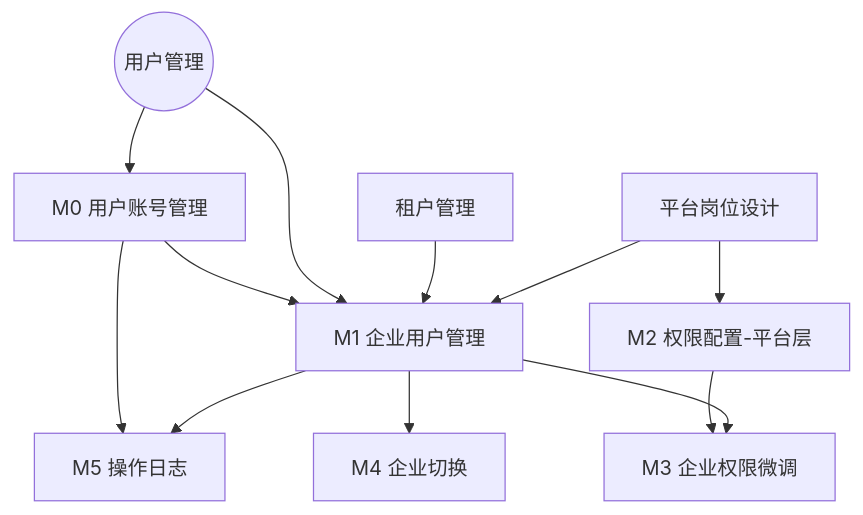
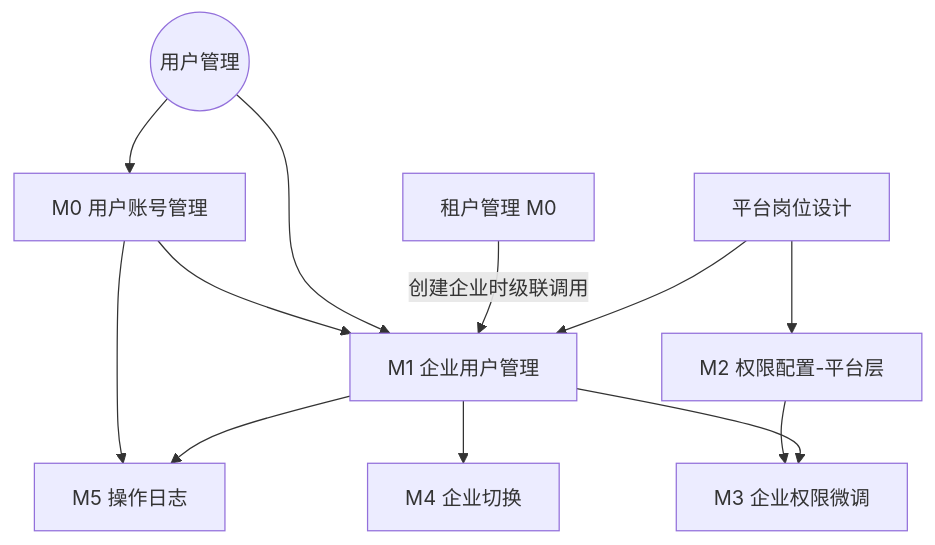
One commit to LiSunny/SaaS_Demo changed the diagram in docs/用户管理/module-plan.md. Above: the diagram before and after it, drawn with Mermaid. The commit also changed other lines of this file and 85 other files, not shown here.

````diff
--- a/docs/用户管理/module-plan.md
+++ b/docs/用户管理/module-plan.md
@@ -152,14 +153,14 @@
 ```mermaid
 graph TD
     M2[ M2 权限配置-平台层 ] --> M3[ M3 企业权限微调 ]
     M0[ M0 用户账号管理 ] --> M1[ M1 企业用户管理 ]
     M1 --> M4[ M4 企业切换 ]
     M1 --> M3
     M0 --> M5[ M5 操作日志 ]
     M1 --> M5
     BIZ_USER((用户管理)) --> M0
     BIZ_USER --> M1
-    TEP[租户管理] --> M1
+    TEP[租户管理 M0] -->|创建企业时级联调用| M1
     POS[平台岗位设计] --> M2
     POS --> M1
 ```
````
